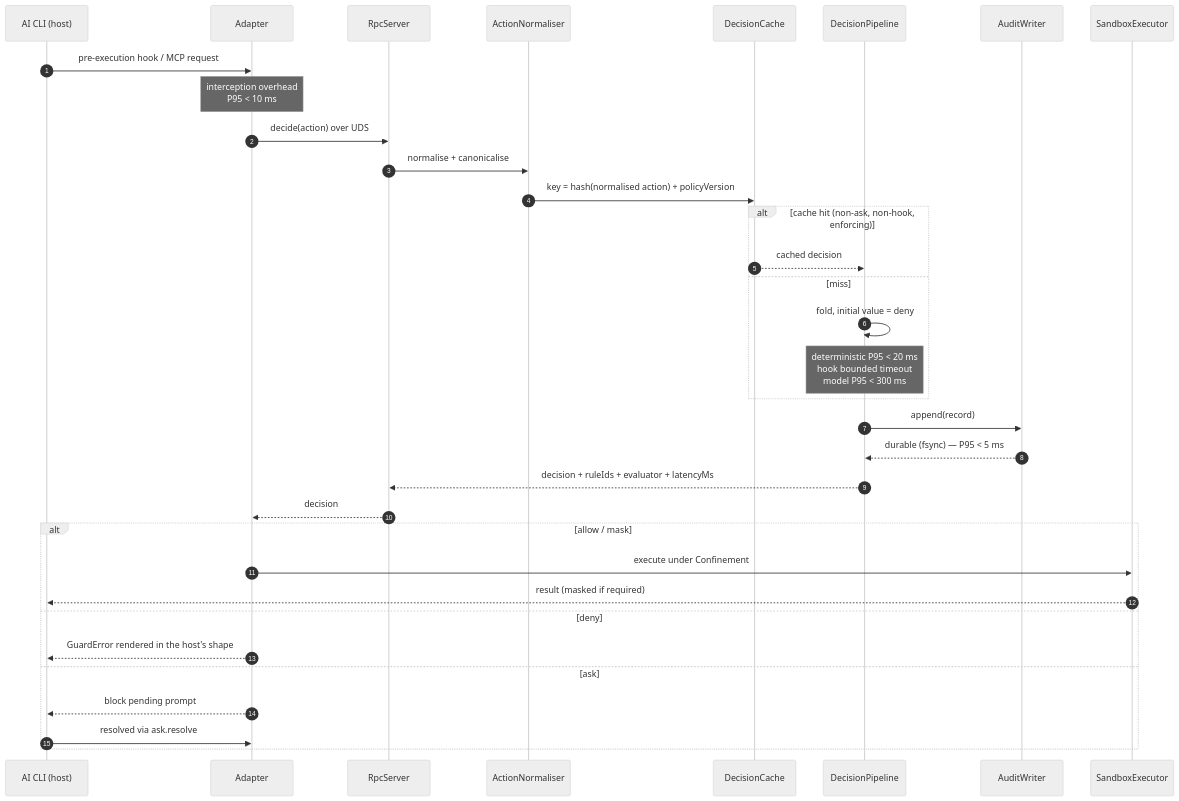
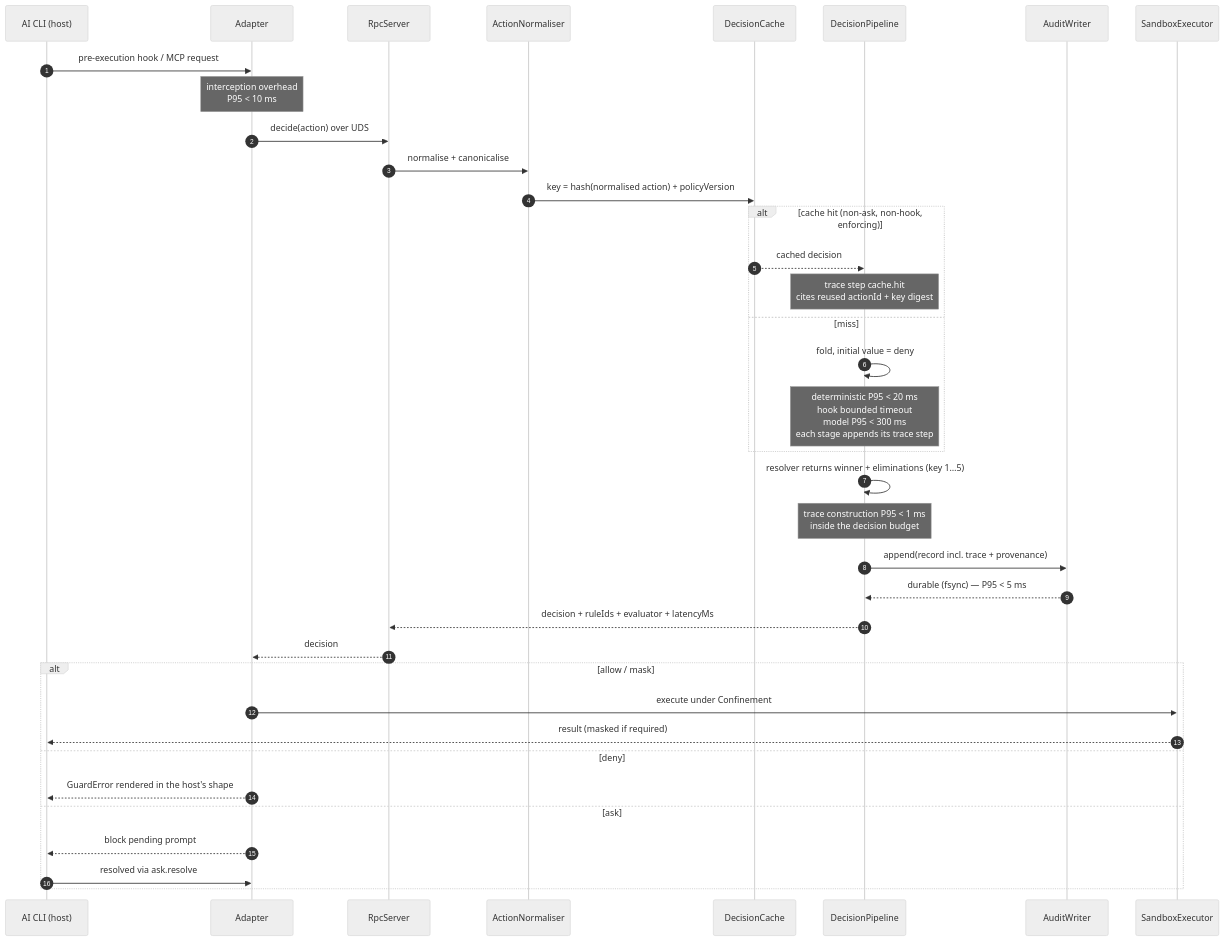
One commit to AriesNg/ai-guard-bot changed the fourth of 8 diagrams in docs/03-system-design/architecture.md. Above: the diagram before and after it, drawn with Mermaid (neutral theme). The commit also changed other lines of this file and 13 other files, not shown here.

````diff
--- a/docs/03-system-design/architecture.md
+++ b/docs/03-system-design/architecture.md
@@ -261,37 +274,40 @@
 ```mermaid
 sequenceDiagram
     autonumber
     participant H as AI CLI (host)
     participant A as Adapter
     participant R as RpcServer
     participant N as ActionNormaliser
     participant C as DecisionCache
     participant P as DecisionPipeline
     participant W as AuditWriter
     participant S as SandboxExecutor
 
     H->>A: pre-execution hook / MCP request
     Note over A: interception overhead<br/>P95 < 10 ms
     A->>R: decide(action) over UDS
     R->>N: normalise + canonicalise
     N->>C: key = hash(normalised action) + policyVersion
     alt cache hit (non-ask, non-hook, enforcing)
         C-->>P: cached decision
+        Note over P: trace step cache.hit<br/>cites reused actionId + key digest
     else miss
         P->>P: fold, initial value = deny
-        Note over P: deterministic P95 < 20 ms<br/>hook bounded timeout<br/>model P95 < 300 ms
+        Note over P: deterministic P95 < 20 ms<br/>hook bounded timeout<br/>model P95 < 300 ms<br/>each stage appends its trace step
     end
-    P->>W: append(record)
+    P->>P: resolver returns winner + eliminations (key 1…5)
+    Note over P: trace construction P95 < 1 ms<br/>inside the decision budget
+    P->>W: append(record incl. trace + provenance)
     W-->>P: durable (fsync) — P95 < 5 ms
     P-->>R: decision + ruleIds + evaluator + latencyMs
     R-->>A: decision
     alt allow / mask
         A->>S: execute under Confinement
         S-->>H: result (masked if required)
     else deny
         A-->>H: GuardError rendered in the host's shape
     else ask
         A-->>H: block pending prompt
         H->>A: resolved via ask.resolve
     end
 ```
````
